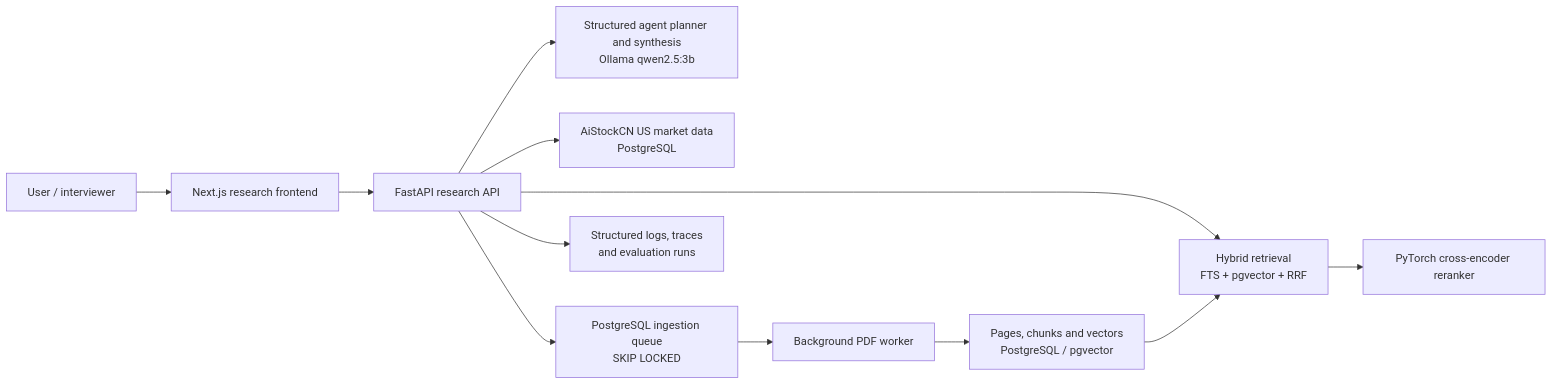
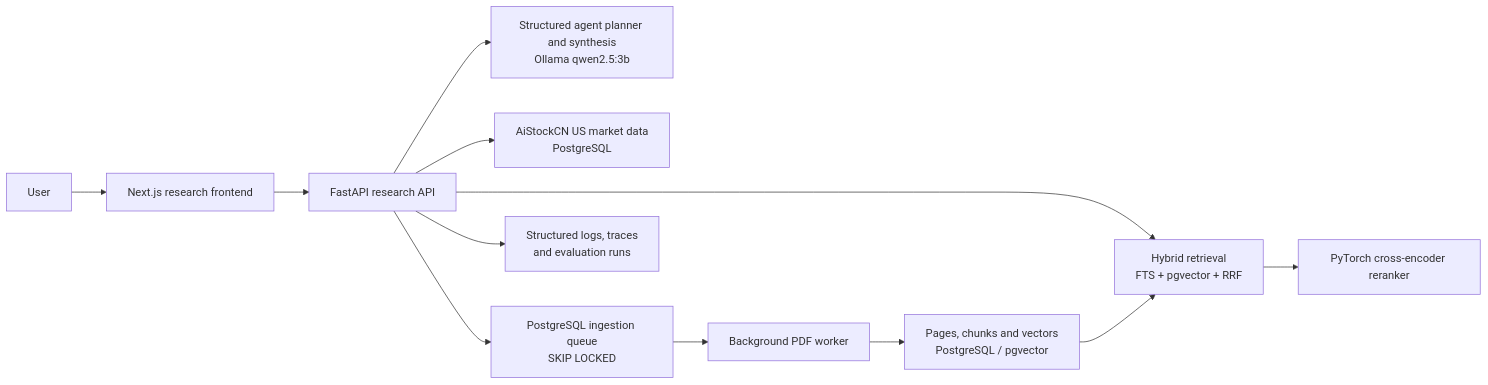
One commit to thisiscatcode/aistockcn changed the diagram in README.md. Above: the diagram before and after it, drawn with Mermaid. The commit also changed other lines of this file and 5 other files, not shown here.

````diff
--- a/README.md
+++ b/README.md
@@ -49,14 +49,14 @@
 ```mermaid
 flowchart LR
-    U["User / interviewer"] --> W["Next.js research frontend"]
+    U["User"] --> W["Next.js research frontend"]
     W --> A["FastAPI research API"]
     A --> L["Structured agent planner and synthesis\nOllama qwen2.5:3b"]
     A --> M["AiStockCN US market data\nPostgreSQL"]
     A --> H["Hybrid retrieval\nFTS + pgvector + RRF"]
     H --> R["PyTorch cross-encoder reranker"]
     A --> Q["PostgreSQL ingestion queue\nSKIP LOCKED"]
     Q --> K["Background PDF worker"]
     K --> V["Pages, chunks and vectors\nPostgreSQL / pgvector"]
     V --> H
     A --> O["Structured logs, traces\nand evaluation runs"]
 ```
````
